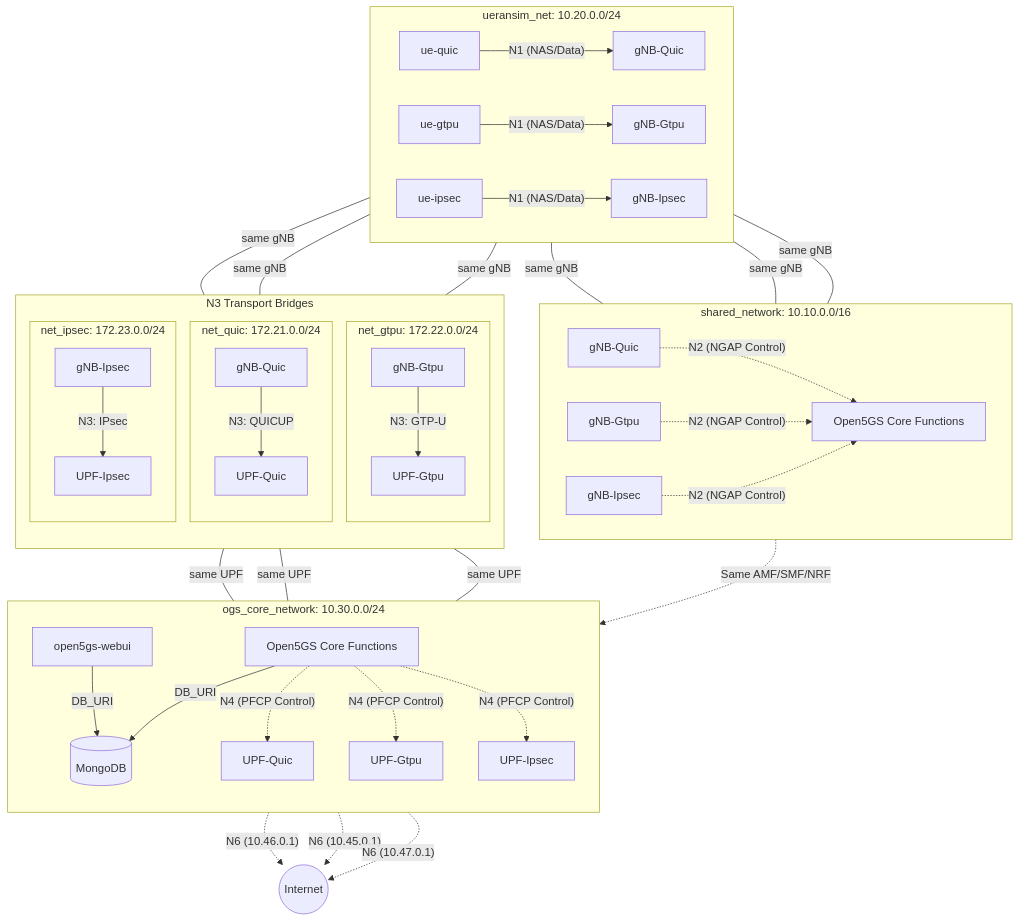
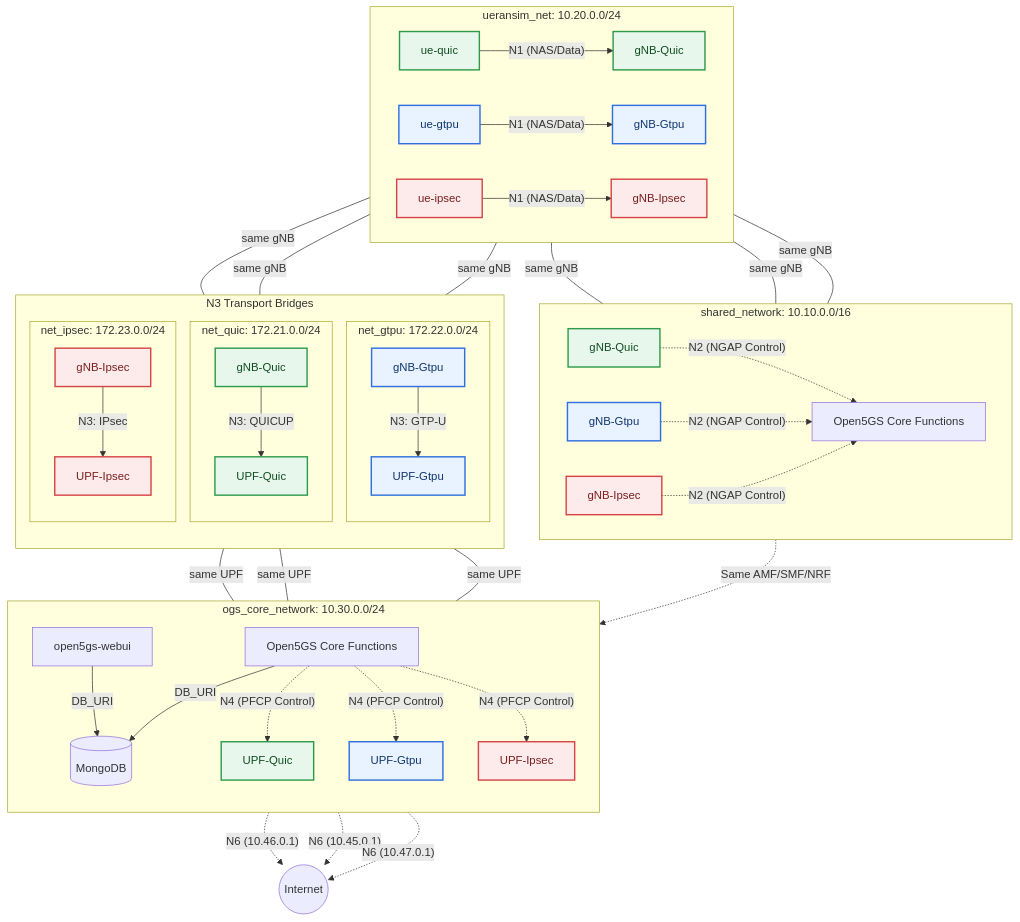
Before and after one commit to wenkey-gm/quicup-evaluation: the diagram in docs/mermaid/docker_topology_architecture.mmd, drawn with Mermaid. The commit also changed 3 other files, not shown here.

Commit message:
docs: add color coding to architecture

```diff
--- a/docs/mermaid/docker_topology_architecture.mmd
+++ b/docs/mermaid/docker_topology_architecture.mmd
@@ -1,75 +1,83 @@
 flowchart TB
+
+    classDef quic fill:#E8F7EC,stroke:#2E9B4B,stroke-width:2px,color:#114D22;
+    classDef gtpu fill:#E9F2FF,stroke:#2F6FDF,stroke-width:2px,color:#10356F;
+    classDef ipsec fill:#FDEBEC,stroke:#D64545,stroke-width:2px,color:#7A1E1E;
 
     Internet((Internet))
 
     subgraph BR_RAN [ueransim_net: 10.20.0.0/24]
         direction LR
         UE_q[ue-quic] -- "N1 (NAS/Data)" --> gNB_Q_RAN[gNB-Quic]
         UE_g[ue-gtpu] -- "N1 (NAS/Data)" --> gNB_G_RAN[gNB-Gtpu]
         UE_i[ue-ipsec] -- "N1 (NAS/Data)" --> gNB_I_RAN[gNB-Ipsec]
     end
 
     subgraph BR_SHARED [shared_network: 10.10.0.0/16]
         direction LR
         AMF_SMF_SHARED[Open5GS Core Functions]
         gNB_Q_SHARED[gNB-Quic]
         gNB_G_SHARED[gNB-Gtpu]
         gNB_I_SHARED[gNB-Ipsec]
     end
 
     subgraph BR_N3 [N3 Transport Bridges]
         direction TB
 
         subgraph Net_QUIC [net_quic: 172.21.0.0/24]
             gNB_Q_N3[gNB-Quic] -- "N3: QUICUP" --> UPF_Q_N3[UPF-Quic]
         end
 
         subgraph Net_GTPU [net_gtpu: 172.22.0.0/24]
             gNB_G_N3[gNB-Gtpu] -- "N3: GTP-U" --> UPF_G_N3[UPF-Gtpu]
         end
 
         subgraph Net_IPSEC [net_ipsec: 172.23.0.0/24]
             gNB_I_N3[gNB-Ipsec] -- "N3: IPsec" --> UPF_I_N3[UPF-Ipsec]
         end
     end
 
     subgraph BR_CORE [ogs_core_network: 10.30.0.0/24]
         direction TB
         AMF_SMF[Open5GS Core Functions]
         DB[(MongoDB)]
         WebUI[open5gs-webui]
         UPF_Q_CORE[UPF-Quic]
         UPF_G_CORE[UPF-Gtpu]
         UPF_I_CORE[UPF-Ipsec]
     end
 
 
     WebUI -- "DB_URI" --> DB
     AMF_SMF -- "DB_URI" --> DB
 
     gNB_Q_RAN ---|same gNB| gNB_Q_SHARED
     gNB_G_RAN ---|same gNB| gNB_G_SHARED
     gNB_I_RAN ---|same gNB| gNB_I_SHARED
 
 
     gNB_Q_SHARED -. "N2 (NGAP Control)" .-> AMF_SMF_SHARED
     gNB_G_SHARED -. "N2 (NGAP Control)" .-> AMF_SMF_SHARED
     gNB_I_SHARED -. "N2 (NGAP Control)" .-> AMF_SMF_SHARED
 
     AMF_SMF_SHARED -. "Same AMF/SMF/NRF" .-> AMF_SMF
 
     AMF_SMF -. "N4 (PFCP Control)" .-> UPF_Q_CORE
     AMF_SMF -. "N4 (PFCP Control)" .-> UPF_G_CORE
     AMF_SMF -. "N4 (PFCP Control)" .-> UPF_I_CORE
 
     UPF_Q_N3 ---|same UPF| UPF_Q_CORE
     UPF_G_N3 ---|same UPF| UPF_G_CORE
     UPF_I_N3 ---|same UPF| UPF_I_CORE
 
     gNB_Q_RAN ---|same gNB| gNB_Q_N3
     gNB_G_RAN ---|same gNB| gNB_G_N3
     gNB_I_RAN ---|same gNB| gNB_I_N3
 
     UPF_Q_CORE -. "N6 (10.46.0.1)" .-> Internet
     UPF_G_CORE -. "N6 (10.45.0.1)" .-> Internet
     UPF_I_CORE -. "N6 (10.47.0.1)" .-> Internet
+
+    class UE_q,gNB_Q_RAN,gNB_Q_SHARED,gNB_Q_N3,UPF_Q_N3,UPF_Q_CORE quic;
+    class UE_g,gNB_G_RAN,gNB_G_SHARED,gNB_G_N3,UPF_G_N3,UPF_G_CORE gtpu;
+    class UE_i,gNB_I_RAN,gNB_I_SHARED,gNB_I_N3,UPF_I_N3,UPF_I_CORE ipsec;
```
